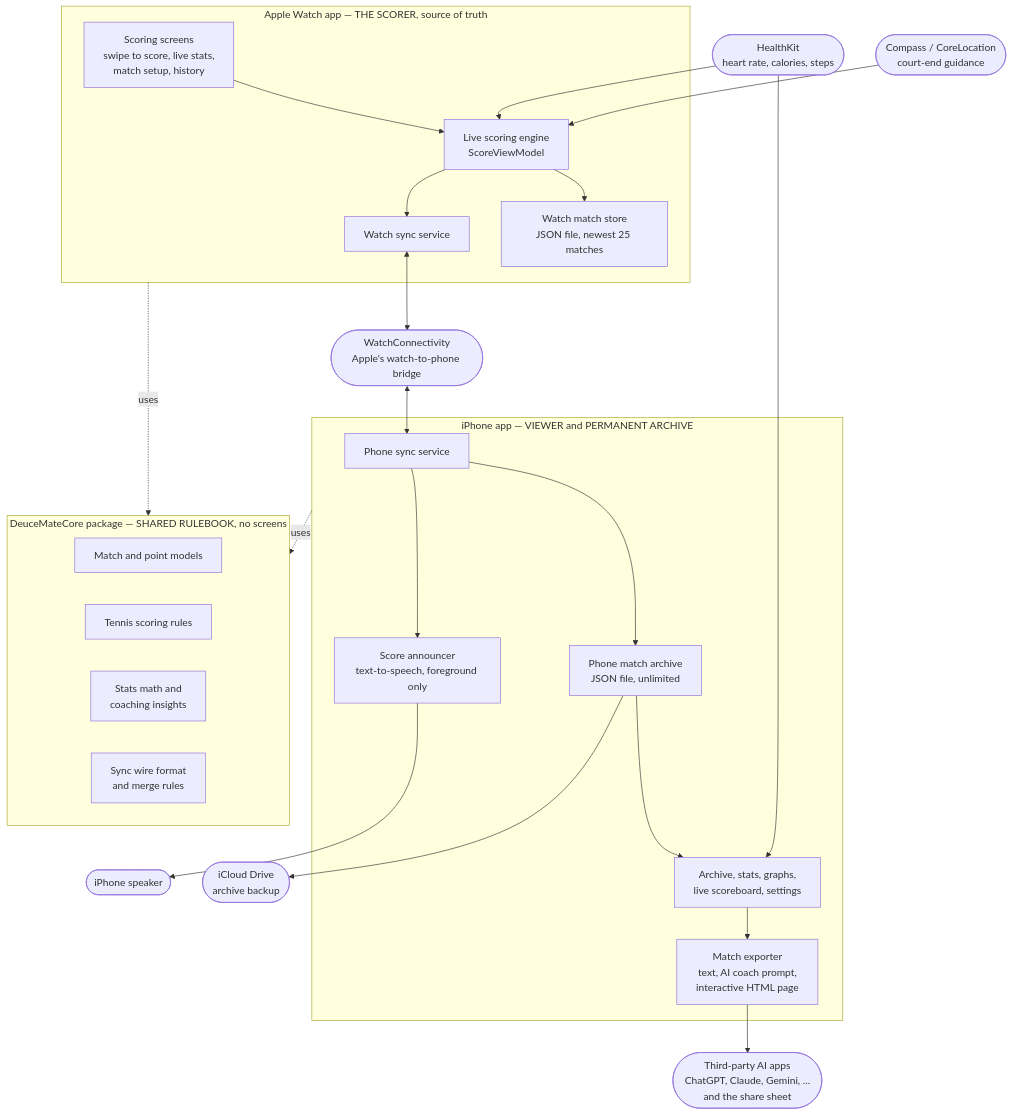
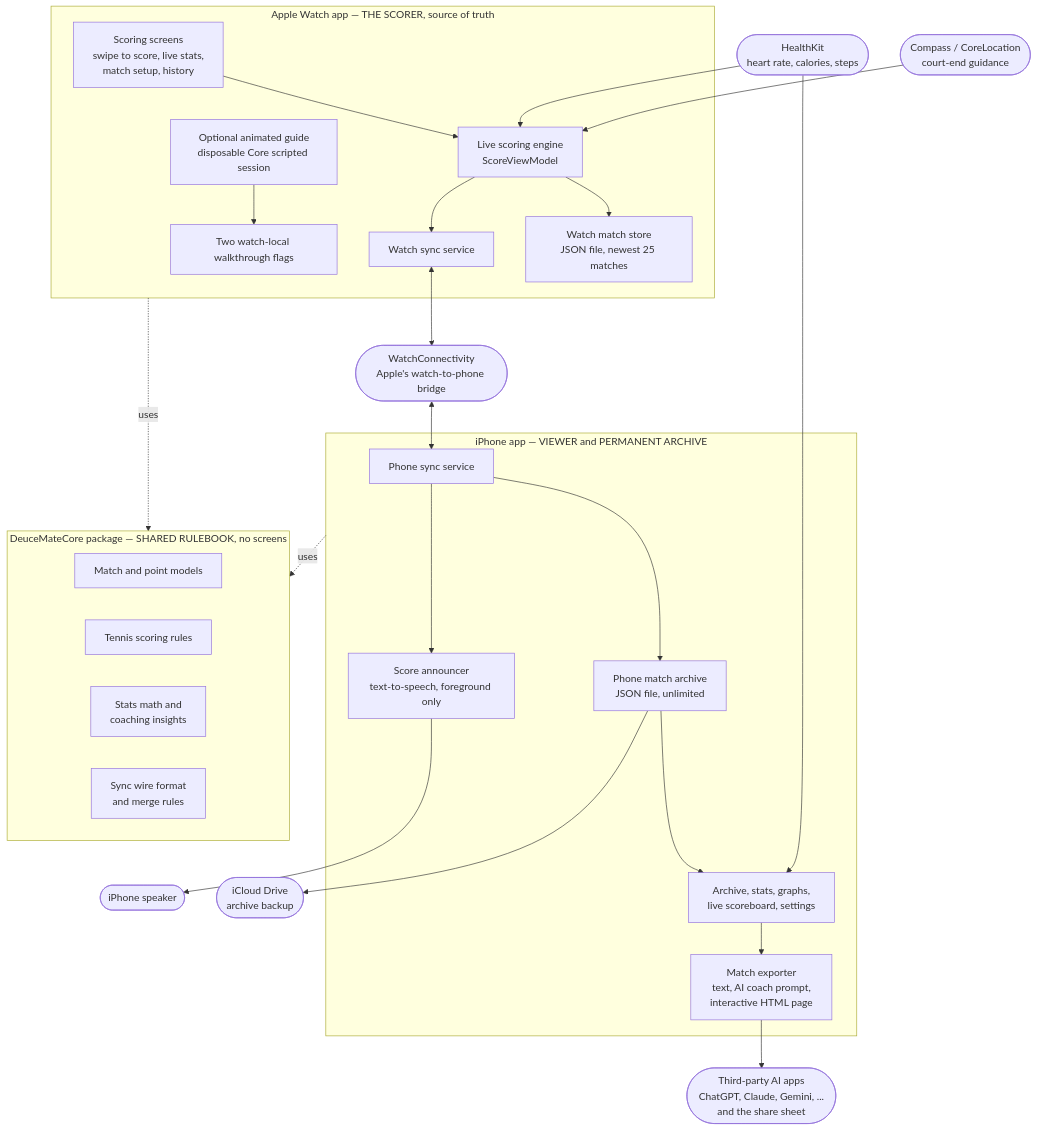
One commit to EMRahman/DeuceMate changed the diagram in docs/architecture/README.md. Above: the diagram before and after it, drawn with Mermaid. The commit also changed other lines of this file and 37 other files, not shown here.

Commit message:
[Watch] Add animated guide and align score reporting

````diff
--- a/docs/architecture/README.md
+++ b/docs/architecture/README.md
@@ -39,54 +39,57 @@
 ```mermaid
 flowchart TB
     subgraph WATCH["Apple Watch app — THE SCORER, source of truth"]
         WUI["Scoring screens<br/>swipe to score, live stats,<br/>match setup, history"]
         WVM["Live scoring engine<br/>ScoreViewModel"]
         WSTORE["Watch match store<br/>JSON file, newest 25 matches"]
         WSYNC["Watch sync service"]
+        GUIDE["Optional animated guide<br/>disposable Core scripted session"]
+        FLAGS["Two watch-local walkthrough flags"]
+        GUIDE --> FLAGS
         WUI --> WVM
         WVM --> WSTORE
         WVM --> WSYNC
     end
 
     subgraph PHONE["iPhone app — VIEWER and PERMANENT ARCHIVE"]
         PSYNC["Phone sync service"]
         PSTORE["Phone match archive<br/>JSON file, unlimited"]
         PUI["Archive, stats, graphs,<br/>live scoreboard, settings"]
         TTS["Score announcer<br/>text-to-speech, foreground only"]
         EXPORT["Match exporter<br/>text, AI coach prompt,<br/>interactive HTML page"]
         PSYNC --> PSTORE
         PSYNC --> TTS
         PSTORE --> PUI
         PUI --> EXPORT
     end
 
     subgraph CORE["DeuceMateCore package — SHARED RULEBOOK, no screens"]
         MODELS["Match and point models"]
         RULES["Tennis scoring rules"]
         STATS["Stats math and<br/>coaching insights"]
         WIRE["Sync wire format<br/>and merge rules"]
     end
 
     WC(["WatchConnectivity<br/>Apple's watch-to-phone bridge"])
     WSYNC <--> WC
     WC <--> PSYNC
 
     HK(["HealthKit<br/>heart rate, calories, steps"])
     HK --> WVM
     HK --> PUI
 
     COMPASS(["Compass / CoreLocation<br/>court-end guidance"])
     COMPASS --> WVM
 
     ICLOUD(["iCloud Drive<br/>archive backup"])
     PSTORE --> ICLOUD
 
     SPEAKER(["iPhone speaker"])
     TTS --> SPEAKER
 
     AIAPPS(["Third-party AI apps<br/>ChatGPT, Claude, Gemini, ...<br/>and the share sheet"])
     EXPORT --> AIAPPS
 
     WATCH -. uses .-> CORE
     PHONE -. uses .-> CORE
 ```
````
